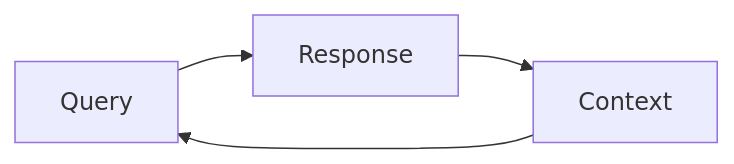
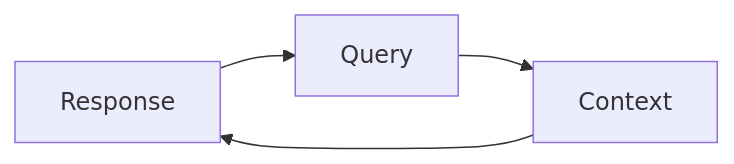
One commit to workhappy27/AI changed the diagram in Master_Retrieval_Augmented_Generation_RAG_System/1_2_1_Introduction_RAG_andRAG_Triad.md. Above: the diagram before and after it, drawn with Mermaid. The commit also changed other lines of this file, not shown here.

````diff
--- a/Master_Retrieval_Augmented_Generation_RAG_System/1_2_1_Introduction_RAG_andRAG_Triad.md
+++ b/Master_Retrieval_Augmented_Generation_RAG_System/1_2_1_Introduction_RAG_andRAG_Triad.md
@@ -11,6 +9,6 @@
 ```mermaid
 flowchart LR
-    Q[Query] --> R[Response]
+    Q[Query] --> R[Query]
     R --> C[Context]
-    C --> Q[Query]
+    C --> Q[Response]
 ```
````
